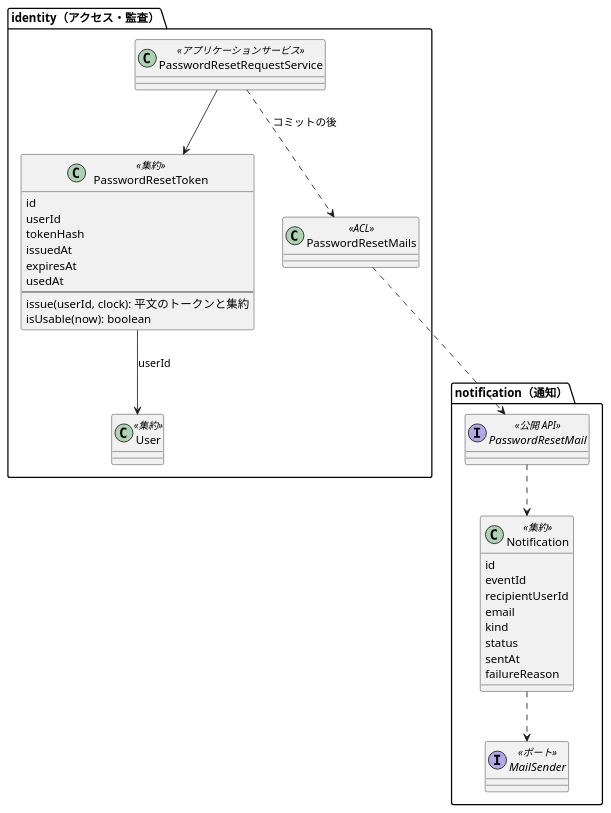
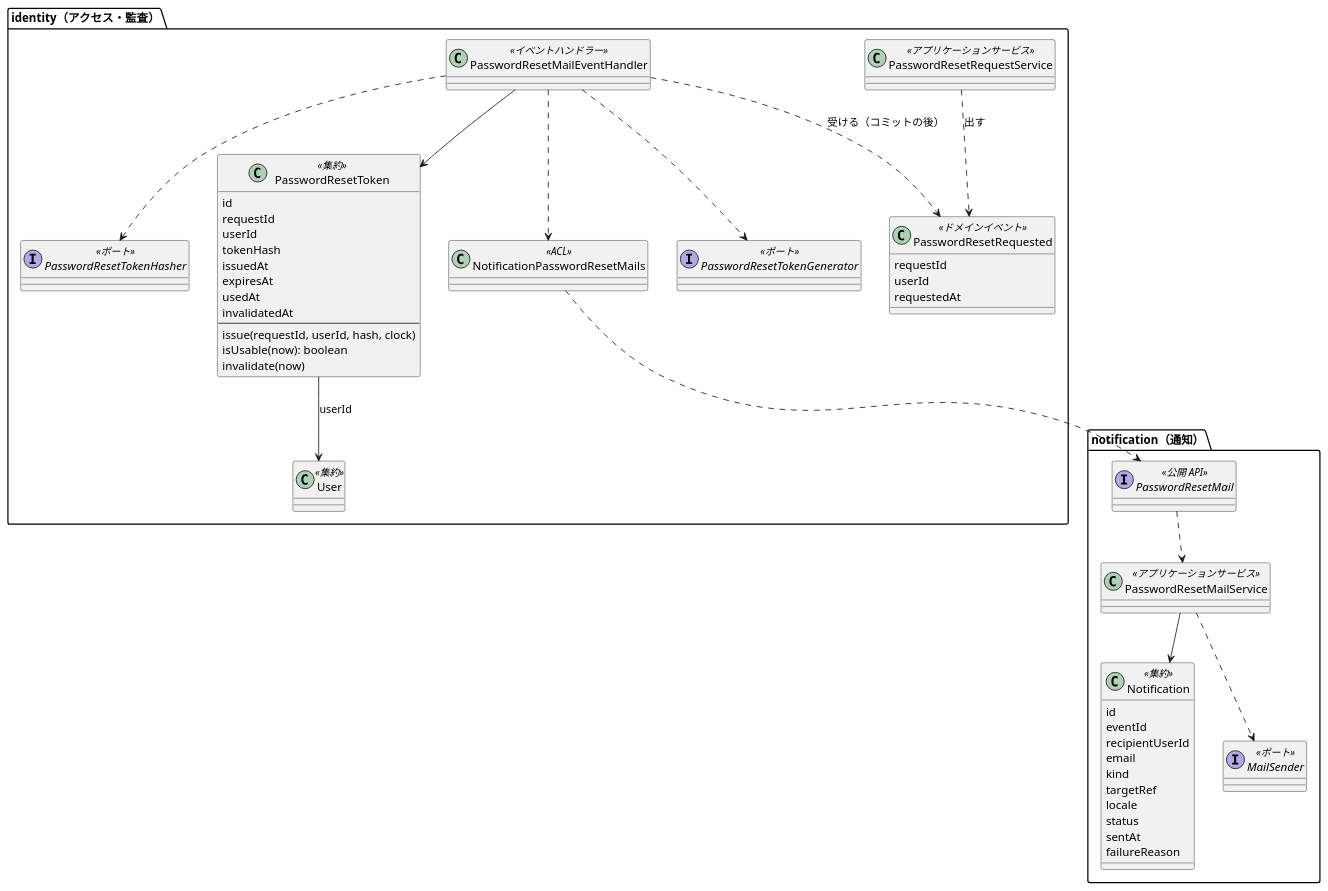
One commit to k2works/practical-domain-driven-design-in-enterpris-application changed the first of 5 diagrams in docs/development/cargo-tracker/bolt_33_plan.md. Above: the diagram before and after it, drawn with PlantUML. The commit also changed other lines of this file and 2 other files, not shown here.

````diff
--- a/docs/development/cargo-tracker/bolt_33_plan.md
+++ b/docs/development/cargo-tracker/bolt_33_plan.md
@@ -96,40 +106,59 @@
 ```plantuml
 @startuml
 package "identity（アクセス・監査）" {
   class User <<集約>>
   class PasswordResetToken <<集約>> {
     id
+    requestId
     userId
     tokenHash
     issuedAt
     expiresAt
     usedAt
+    invalidatedAt
     --
-    issue(userId, clock): 平文のトークンと集約
+    issue(requestId, userId, hash, clock)
     isUsable(now): boolean
+    invalidate(now)
+  }
+  interface PasswordResetTokenGenerator <<ポート>>
+  interface PasswordResetTokenHasher <<ポート>>
+  class PasswordResetRequested <<ドメインイベント>> {
+    requestId
+    userId
+    requestedAt
   }
   class PasswordResetRequestService <<アプリケーションサービス>>
-  class PasswordResetMails <<ACL>>
+  class PasswordResetMailEventHandler <<イベントハンドラー>>
+  class NotificationPasswordResetMails <<ACL>>
   PasswordResetToken --> User : userId
-  PasswordResetRequestService --> PasswordResetToken
-  PasswordResetRequestService ..> PasswordResetMails : コミットの後
+  PasswordResetRequestService ..> PasswordResetRequested : 出す
+  PasswordResetMailEventHandler ..> PasswordResetRequested : 受ける（コミットの後）
+  PasswordResetMailEventHandler --> PasswordResetToken
+  PasswordResetMailEventHandler ..> PasswordResetTokenGenerator
+  PasswordResetMailEventHandler ..> PasswordResetTokenHasher
+  PasswordResetMailEventHandler ..> NotificationPasswordResetMails
 }
 package "notification（通知）" {
   interface PasswordResetMail <<公開 API>>
+  class PasswordResetMailService <<アプリケーションサービス>>
   class Notification <<集約>> {
     id
     eventId
     recipientUserId
     email
     kind
+    targetRef
+    locale
     status
     sentAt
     failureReason
   }
   interface MailSender <<ポート>>
-  PasswordResetMail ..> Notification
-  Notification ..> MailSender
+  PasswordResetMail ..> PasswordResetMailService
+  PasswordResetMailService --> Notification
+  PasswordResetMailService ..> MailSender
 }
-PasswordResetMails ..> PasswordResetMail
+NotificationPasswordResetMails ..> PasswordResetMail
 @enduml
 ```
````
